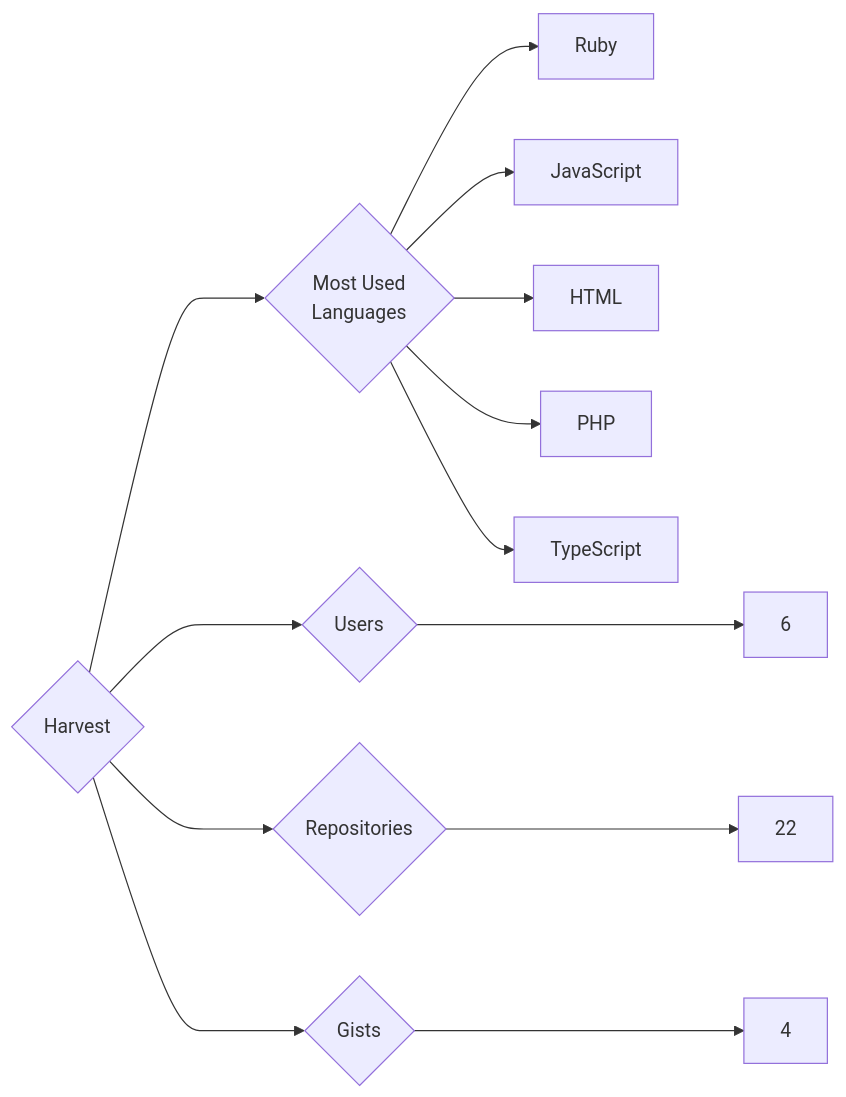
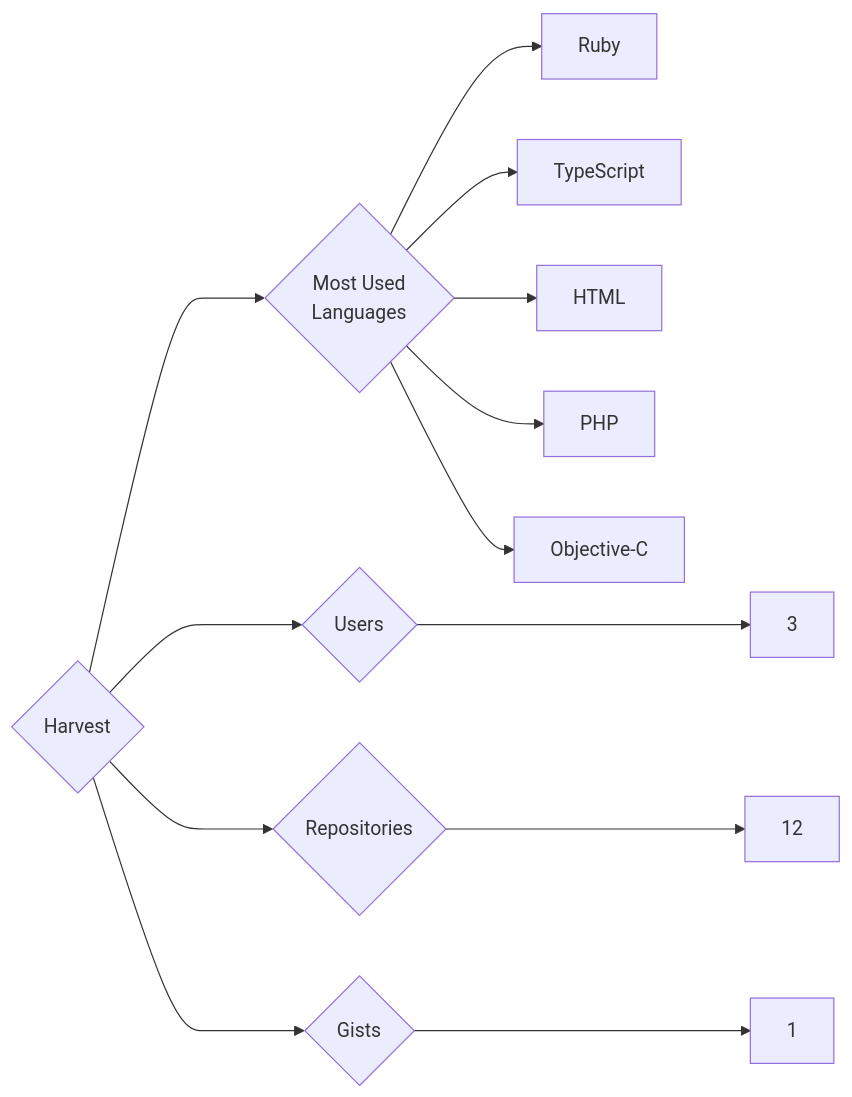
Before and after one commit to trickest/insiders: the diagram in targets/Harvest/README.md, drawn with Mermaid. The commit also changed 749 other files, not shown here.

````diff
--- a/targets/Harvest/README.md
+++ b/targets/Harvest/README.md
@@ -3,13 +3,13 @@
 ```mermaid
 graph LR
 COMPANY_NAME{Harvest}
-COMPANY_NAME ---> U{Users} ---> UN[6]
-COMPANY_NAME ---> R{Repositories} ---> RN[22]
-COMPANY_NAME ---> G{Gists} ---> GN[4]
+COMPANY_NAME ---> U{Users} ---> UN[3]
+COMPANY_NAME ---> R{Repositories} ---> RN[12]
+COMPANY_NAME ---> G{Gists} ---> GN[1]
 COMPANY_NAME ---> ML{Most Used<br>Languages}
 ML --> Ruby[Ruby]
-ML --> JavaScript[JavaScript]
+ML --> TypeScript[TypeScript]
 ML --> HTML[HTML]
 ML --> PHP[PHP]
-ML --> TypeScript[TypeScript]
+ML --> Objective-C[Objective-C]
 ```
````
